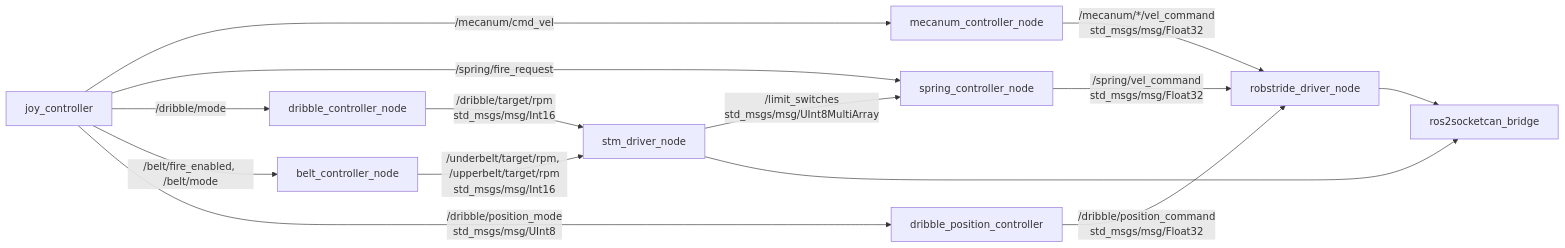
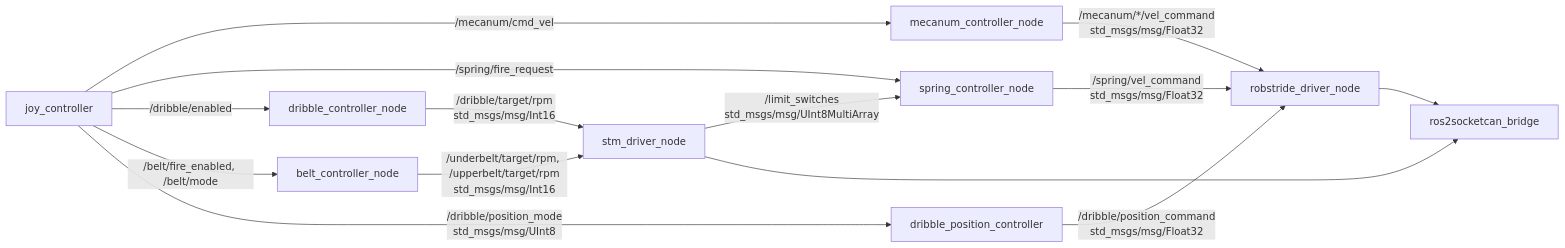
The diagram in ros2_ws/src/robot_controller/README.md (rodep-soft/rox2026), drawn with Mermaid before and after one commit. The commit also changed other lines of this file and 7 other files, not shown here.

````diff
--- a/ros2_ws/src/robot_controller/README.md
+++ b/ros2_ws/src/robot_controller/README.md
@@ -7,28 +7,28 @@
 ```mermaid
 flowchart LR
   joy[joy_controller]
   mecanum[mecanum_controller_node]
   spring[spring_controller_node]
   dribble[dribble_controller_node]
   position[dribble_position_controller]
   belt[belt_controller_node]
   stm_driver[stm_driver_node]
   robstride_driver[robstride_driver_node]
   bridge[ros2socketcan_bridge]
 
   joy -->|/mecanum/cmd_vel| mecanum
   joy -->|/spring/fire_request| spring
-  joy -->|/dribble/mode| dribble
+  joy -->|/dribble/enabled| dribble
   joy -->|/belt/fire_enabled, /belt/mode| belt
   joy -->|/dribble/position_mode\nstd_msgs/msg/UInt8| position
 
   mecanum -->|/mecanum/*/vel_command\nstd_msgs/msg/Float32| robstride_driver
   spring -->|/spring/vel_command\nstd_msgs/msg/Float32| robstride_driver
   dribble -->|/dribble/target/rpm\nstd_msgs/msg/Int16| stm_driver
   belt -->|/underbelt/target/rpm, /upperbelt/target/rpm\nstd_msgs/msg/Int16| stm_driver
   position -->|/dribble/position_command\nstd_msgs/msg/Float32| robstride_driver
   stm_driver -->|/limit_switches\nstd_msgs/msg/UInt8MultiArray| spring
 
   stm_driver --> bridge
   robstride_driver --> bridge
 ```
````
